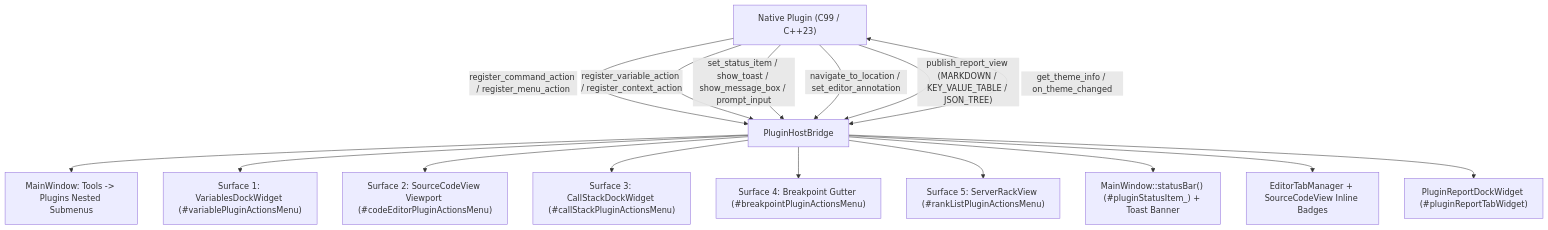
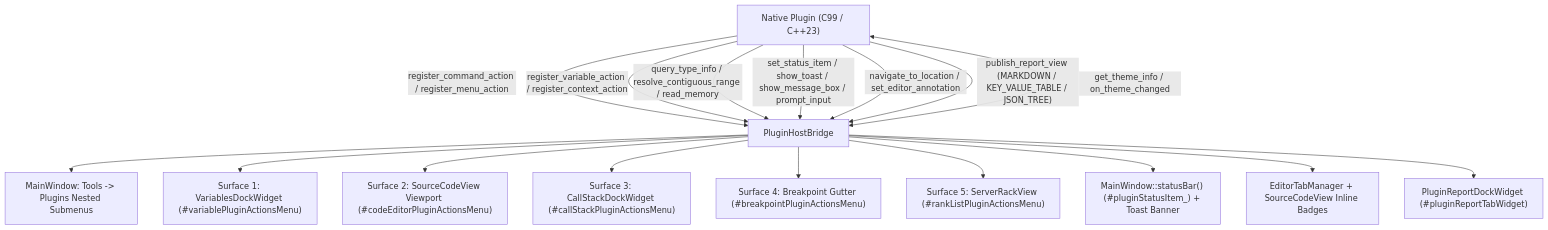
One commit to bnorthern42/GridLock changed the first of 2 diagrams in docs/Plugin-Authoring-and-UI-Surfaces.md. Above: the diagram before and after it, drawn with Mermaid. The commit also changed other lines of this file and 10 other files, not shown here.

````diff
--- a/docs/Plugin-Authoring-and-UI-Surfaces.md
+++ b/docs/Plugin-Authoring-and-UI-Surfaces.md
@@ -14,22 +14,23 @@
 ```mermaid
 flowchart TD
   PLUG["Native Plugin (C99 / C++23)"]
   PHB["PluginHostBridge"]
 
   PLUG -->|"register_command_action / register_menu_action"| PHB
   PLUG -->|"register_variable_action / register_context_action"| PHB
+  PLUG -->|"query_type_info / resolve_contiguous_range / read_memory"| PHB
   PLUG -->|"set_status_item / show_toast / show_message_box / prompt_input"| PHB
   PLUG -->|"navigate_to_location / set_editor_annotation"| PHB
   PLUG -->|"publish_report_view (MARKDOWN / KEY_VALUE_TABLE / JSON_TREE)"| PHB
   PLUG <-->|"get_theme_info / on_theme_changed"| PHB
 
   PHB --> MENU["MainWindow: Tools -> Plugins Nested Submenus"]
   PHB --> S1["Surface 1: VariablesDockWidget (#variablePluginActionsMenu)"]
   PHB --> S2["Surface 2: SourceCodeView Viewport (#codeEditorPluginActionsMenu)"]
   PHB --> S3["Surface 3: CallStackDockWidget (#callStackPluginActionsMenu)"]
   PHB --> S4["Surface 4: Breakpoint Gutter (#breakpointPluginActionsMenu)"]
   PHB --> S5["Surface 5: ServerRackView (#rankListPluginActionsMenu)"]
   PHB --> SBAR["MainWindow::statusBar() (#pluginStatusItem_<id>) + Toast Banner"]
   PHB --> ED["EditorTabManager + SourceCodeView Inline Badges"]
   PHB --> RPT["PluginReportDockWidget (#pluginReportTabWidget)"]
 ```
````
